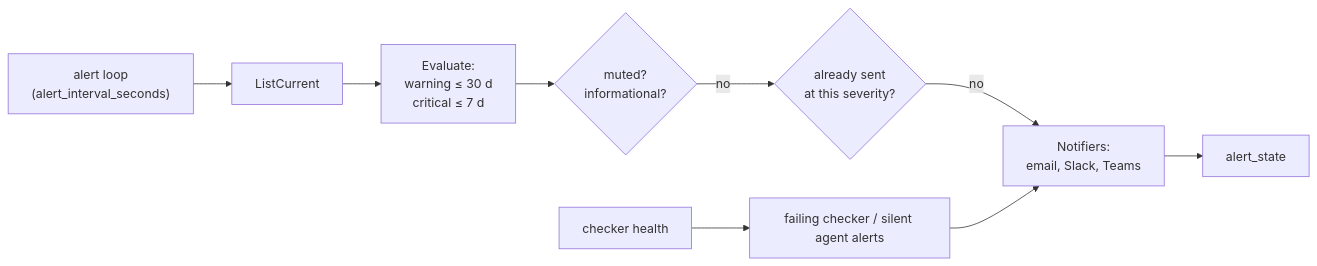
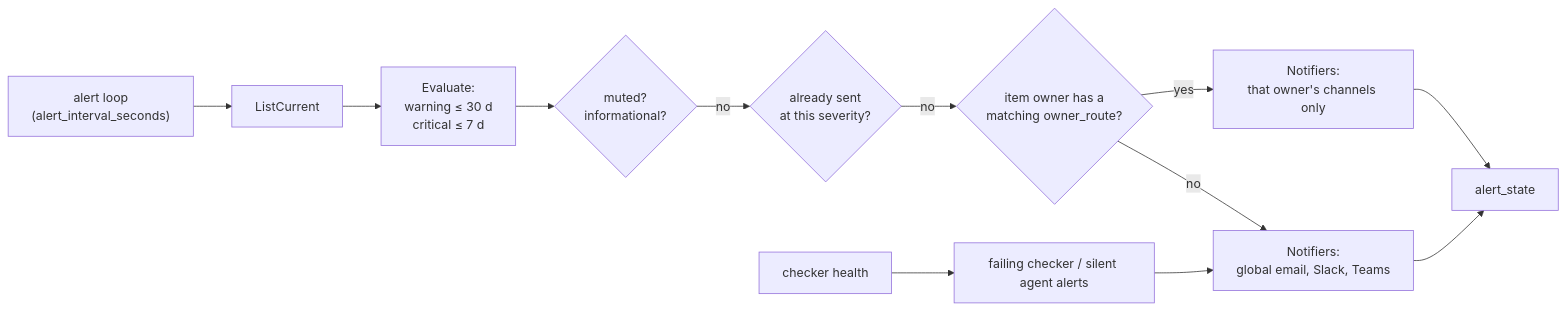
The third of 5 diagrams in docs/ARCHITECTURE.md (Joao-Paulino/expiry-radar), drawn with Mermaid before and after one commit. The commit also changed other lines of this file and 4 other files, not shown here.

````diff
--- a/docs/ARCHITECTURE.md
+++ b/docs/ARCHITECTURE.md
@@ -181,11 +183,14 @@
 ```mermaid
 flowchart LR
     T["alert loop<br/>(alert_interval_seconds)"] --> LC["ListCurrent"]
     LC --> EV["Evaluate:<br/>warning ≤ 30 d<br/>critical ≤ 7 d"]
     EV --> RU{"muted?<br/>informational?"}
     RU -- no --> DD{"already sent<br/>at this severity?"}
-    DD -- no --> NT["Notifiers:<br/>email, Slack, Teams"]
+    DD -- no --> OW{"item owner has a<br/>matching owner_route?"}
+    OW -- yes --> NTO["Notifiers:<br/>that owner's channels only"]
+    OW -- no --> NT["Notifiers:<br/>global email, Slack, Teams"]
+    NTO --> AS["alert_state"]
     NT --> AS["alert_state"]
     H["checker health"] --> F["failing checker / silent agent alerts"]
     F --> NT
 ```
````
